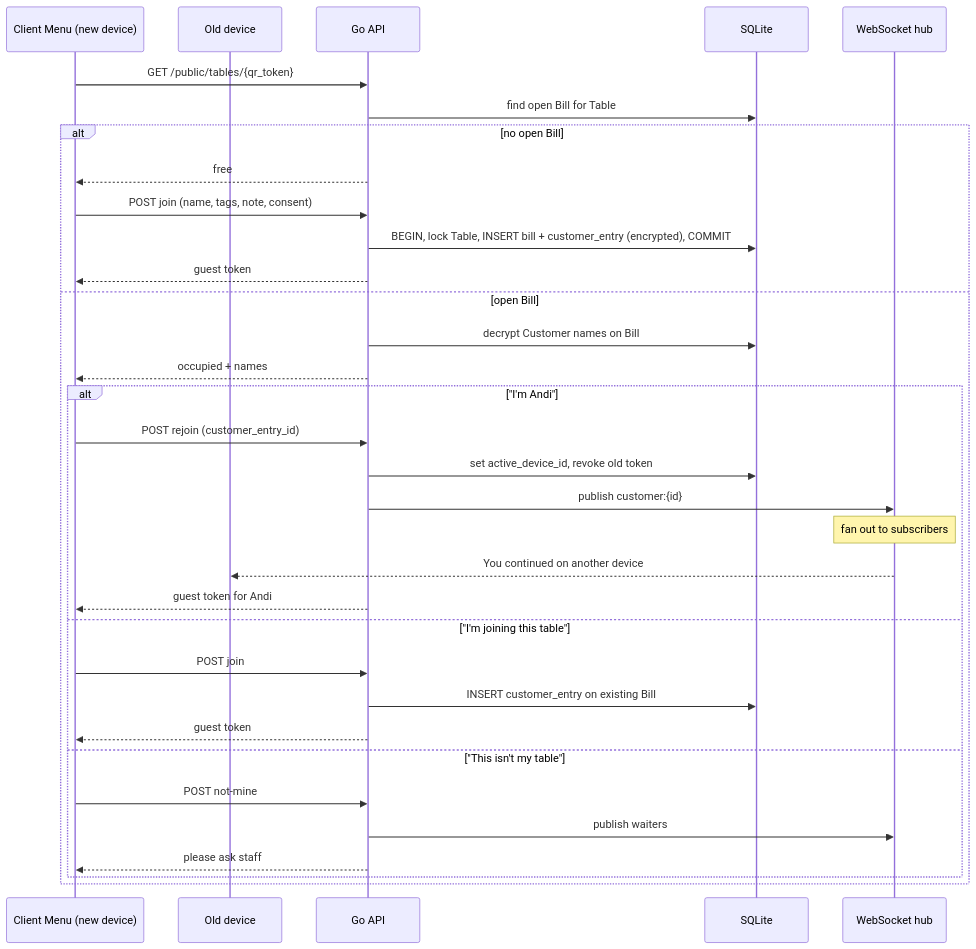
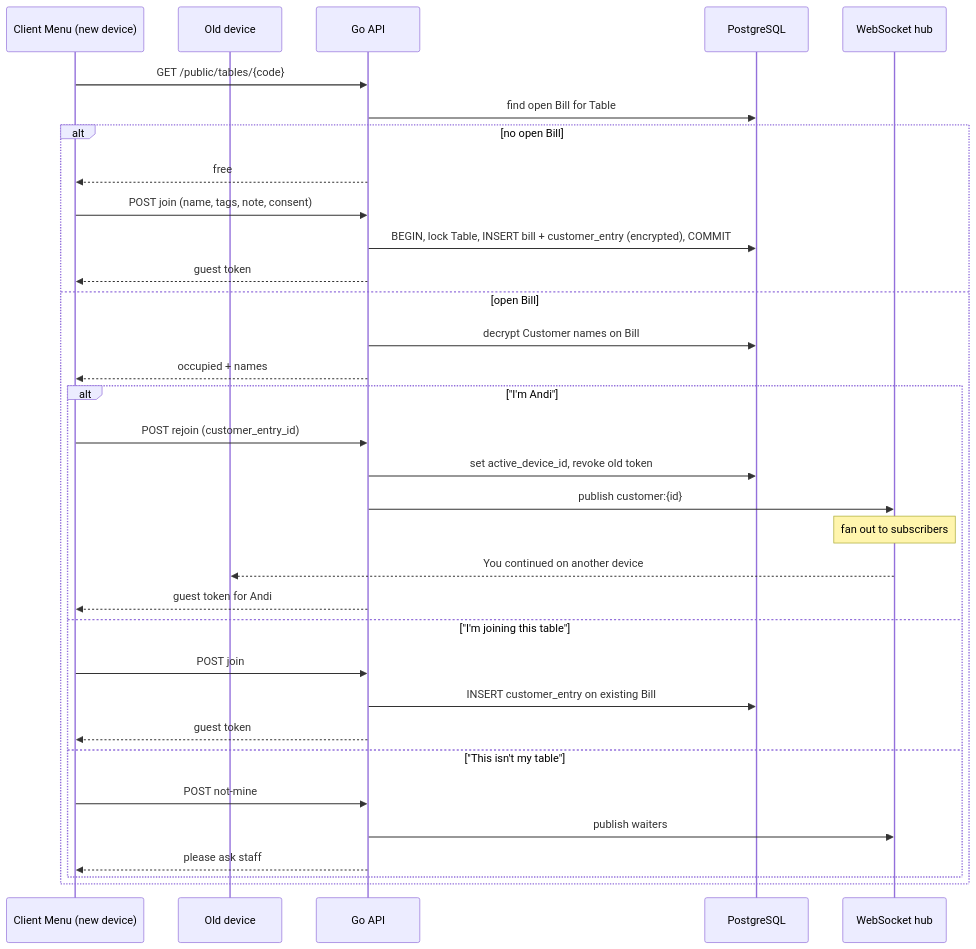
Before and after one commit to morpikssolutionsDev/Shusi_latte: diagram 26 of 35 in docs/OVERVIEW-AND-FLOWS.md, drawn with Mermaid. The commit also changed other lines of this file and 107 other files, not shown here.

````diff
--- a/docs/OVERVIEW-AND-FLOWS.md
+++ b/docs/OVERVIEW-AND-FLOWS.md
@@ -667,35 +667,35 @@
 ```mermaid
 sequenceDiagram
   participant C as Client Menu (new device)
   participant O as Old device
   participant API as Go API
-  participant DB as SQLite
+  participant DB as PostgreSQL
   participant HUB as WebSocket hub
-  C->>API: GET /public/tables/{qr_token}
+  C->>API: GET /public/tables/{code}
   API->>DB: find open Bill for Table
   alt no open Bill
     API-->>C: free
     C->>API: POST join (name, tags, note, consent)
     API->>DB: BEGIN, lock Table, INSERT bill + customer_entry (encrypted), COMMIT
     API-->>C: guest token
   else open Bill
     API->>DB: decrypt Customer names on Bill
     API-->>C: occupied + names
     alt "I'm Andi"
       C->>API: POST rejoin (customer_entry_id)
       API->>DB: set active_device_id, revoke old token
       API->>HUB: publish customer:{id}
       Note over HUB: fan out to subscribers
       HUB-->>O: You continued on another device
       API-->>C: guest token for Andi
     else "I'm joining this table"
       C->>API: POST join
       API->>DB: INSERT customer_entry on existing Bill
       API-->>C: guest token
     else "This isn't my table"
       C->>API: POST not-mine
       API->>HUB: publish waiters
       API-->>C: please ask staff
     end
   end
 ```
````
